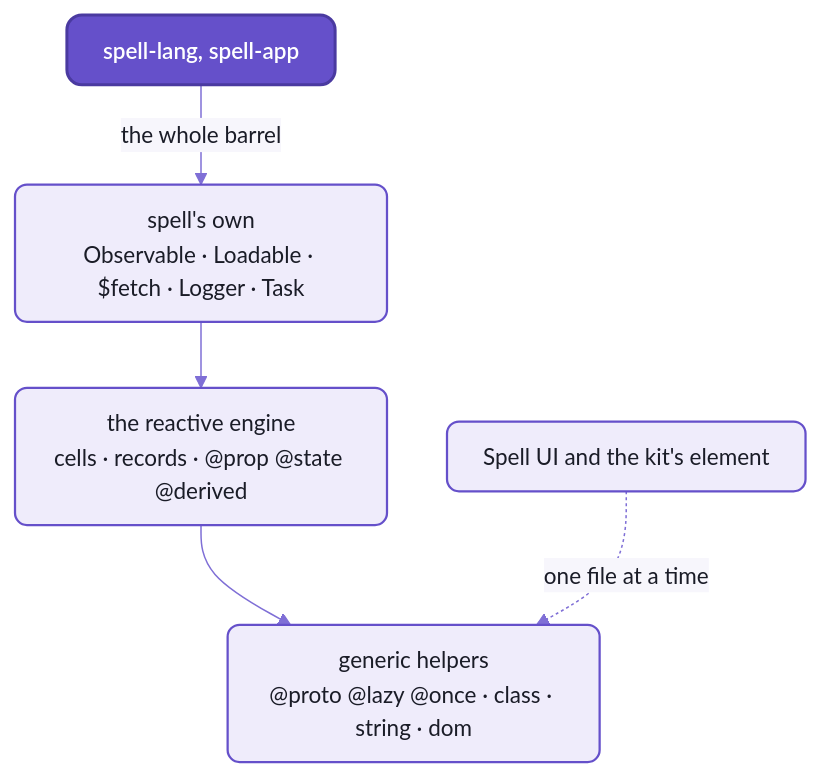
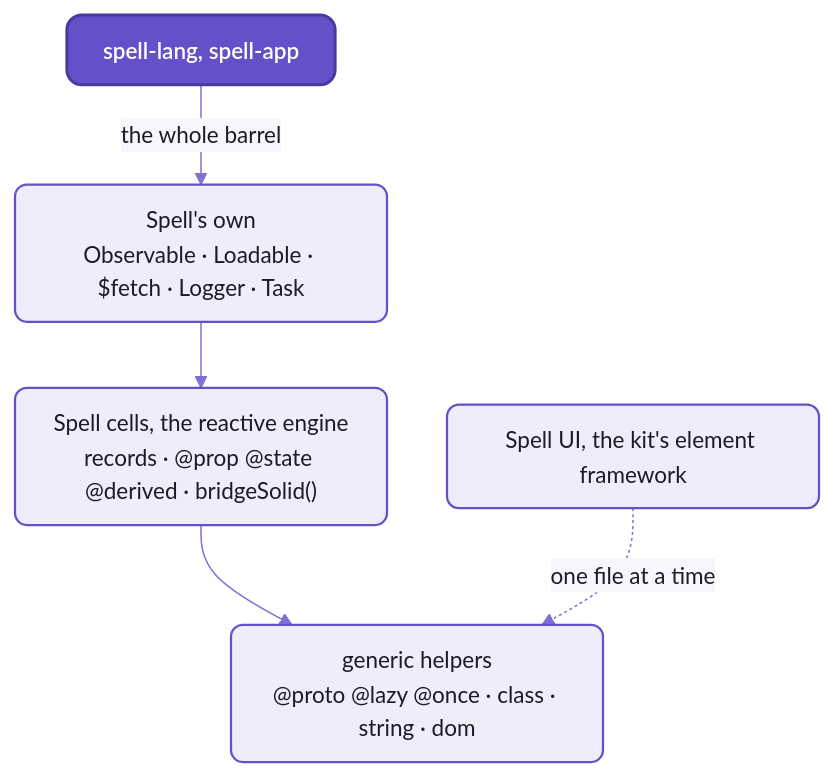
One commit to spell-app/spell changed the first of 2 diagrams in README-util.md. Above: the diagram before and after it, drawn with Mermaid. The commit also changed other lines of this file and 12 other files, not shown here.

````diff
--- a/README-util.md
+++ b/README-util.md
@@ -14,14 +67,14 @@
 ```mermaid
 %%{init: {"theme":"base","themeVariables":{"fontFamily":"-apple-system, BlinkMacSystemFont, Segoe UI, Helvetica, Arial, sans-serif","fontSize":"15px","primaryColor":"#EFECFB","primaryBorderColor":"#6550CA","primaryTextColor":"#1A1C27","secondaryColor":"#F4F1E9","tertiaryColor":"#F7F6FC","lineColor":"#7F6FD6","textColor":"#7F6FD6","clusterBkg":"#F7F6FC","clusterBorder":"#B9B0E8","titleColor":"#1A1C27","edgeLabelBackground":"#F7F6FC","actorBkg":"#EFECFB","actorBorder":"#6550CA","actorTextColor":"#1A1C27","actorLineColor":"#9C90DE","signalColor":"#7F6FD6","signalTextColor":"#7F6FD6","labelBoxBkgColor":"#EFECFB","labelBoxBorderColor":"#6550CA","labelTextColor":"#1A1C27","loopTextColor":"#7F6FD6","noteBkgColor":"#F1E7D4","noteBorderColor":"#C9B48A","noteTextColor":"#1A1C27","activationBkgColor":"#DCD6F7","activationBorderColor":"#6550CA","sequenceNumberColor":"#FFFFFF"},"flowchart":{"curve":"basis","padding":12,"nodeSpacing":40,"rankSpacing":44}}}%%
 flowchart TB
-  spell["spell's own<br/>Observable · Loadable · $fetch · Logger · Task"]
-  reactive["the reactive engine<br/>cells · records · @prop @state @derived"]
+  spell["Spell's own<br/>Observable · Loadable · $fetch · Logger · Task"]
+  reactive["Spell cells, the reactive engine<br/>records · @prop @state @derived · bridgeSolid()"]
   generic["generic helpers<br/>@proto @lazy @once · class · string · dom"]
   spell --> reactive --> generic
-  ui[Spell UI and the kit's element] -. "one file at a time" .-> generic
-  lang[spell-lang, spell-app] -- "the whole barrel" --> spell
+  ui["Spell UI, the kit's element framework"] -. "one file at a time" .-> generic
+  lang["spell-lang, spell-app"] -- "the whole barrel" --> spell
   %% the Spell look:  yarn mermaid:pretty
   classDef default fill:#EFECFB,stroke:#6550CA,stroke-width:1.5px,color:#1A1C27,rx:8px,ry:8px
   classDef repo fill:#6550CA,stroke:#4A3AA0,stroke-width:2px,color:#FFFFFF,rx:10px,ry:10px,font-weight:600
   class lang repo
 ```
````
